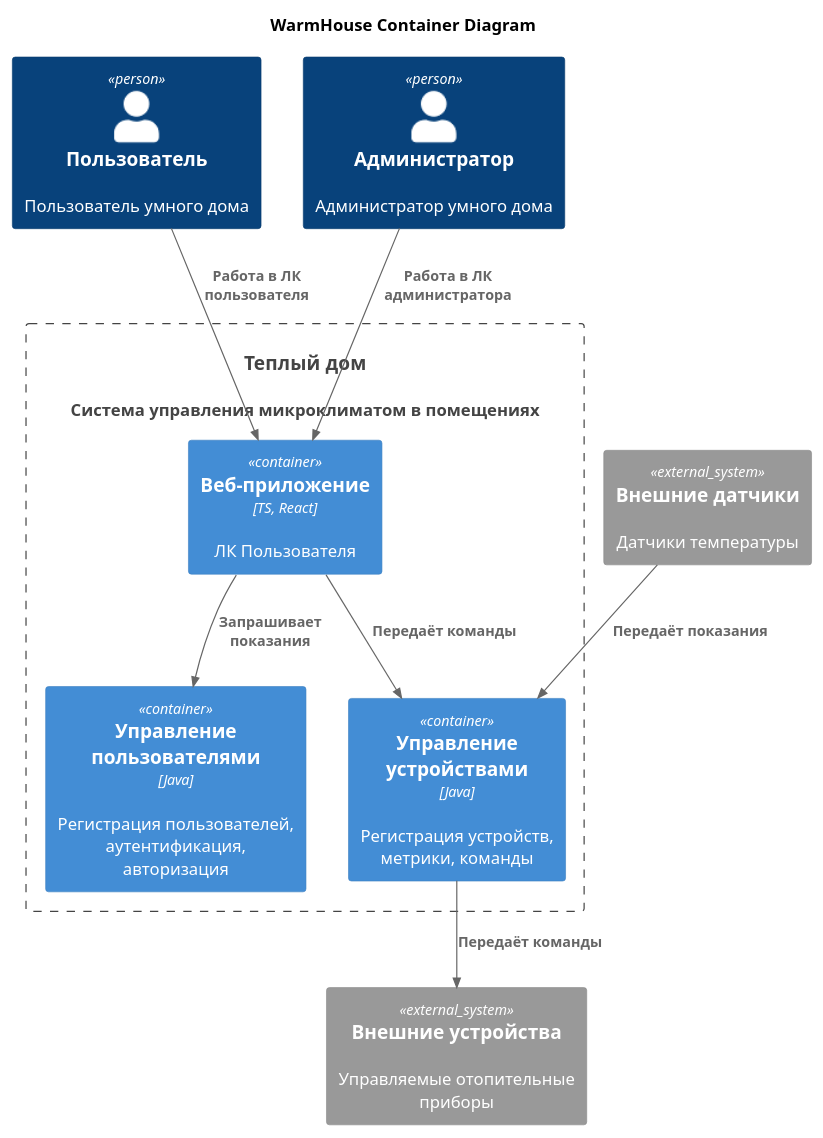
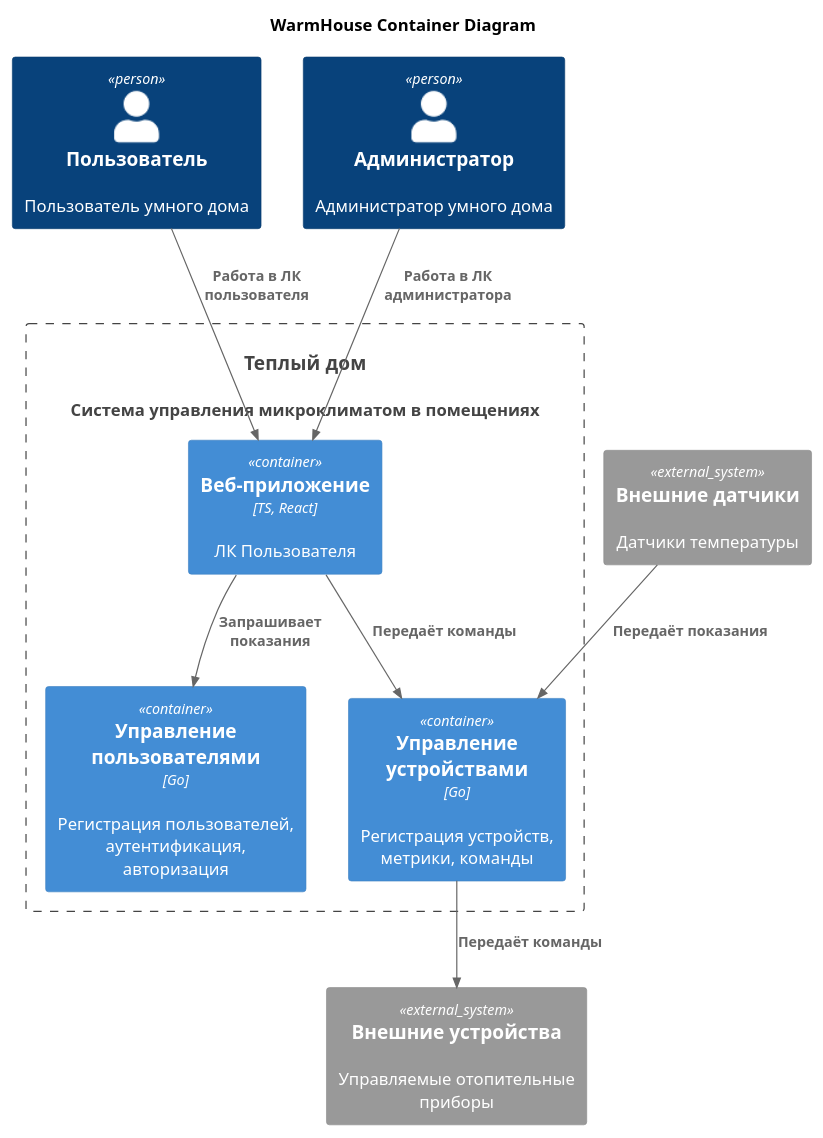
One commit to JerodBaxter/warmhouse changed the diagram in Container.puml. Above: the diagram before and after it, drawn with PlantUML.

```diff
--- a/Container.puml
+++ b/Container.puml
@@ -1,29 +1,29 @@
 @startuml
 title WarmHouse Container Diagram
 
 top to bottom direction
 
 !include https://raw.githubusercontent.com/plantuml-stdlib/C4-PlantUML/master/C4_Container.puml
 
 Person(user, "Пользователь", "Пользователь умного дома")
 Person(admin, "Администратор", "Администратор умного дома")
 System(WarmHouse, "Теплый дом", "Система управления микроклиматом в помещениях")
 
 Container_Boundary(WarmHouse, "Тёплый дом") {
   Container(WebApp, "Веб-приложение", "TS, React", "ЛК Пользователя")
-  Container(Users, "Управление пользователями", "Java", "Регистрация пользователей, аутентификация, авторизация")
-  Container(Devices, "Управление устройствами", "Java", "Регистрация устройств, метрики, команды")
+  Container(Users, "Управление пользователями", "Go", "Регистрация пользователей, аутентификация, авторизация")
+  Container(Devices, "Управление устройствами", "Go", "Регистрация устройств, метрики, команды")
 }
 
 System_Ext(controllers, "Внешние устройства", "Управляемые отопительные приборы")
 System_Ext(sensors, "Внешние датчики", "Датчики температуры")
 
 Rel(user, WebApp, "Работа в ЛК пользователя")
 Rel(admin, WebApp, "Работа в ЛК администратора")
 
 Rel(WebApp,Users,"Запрашивает показания")
 Rel(WebApp,Devices,"Передаёт команды")
 
 Rel(sensors,Devices,"Передаёт показания")
 Rel(Devices,controllers,"Передаёт команды")
 @enduml
```
